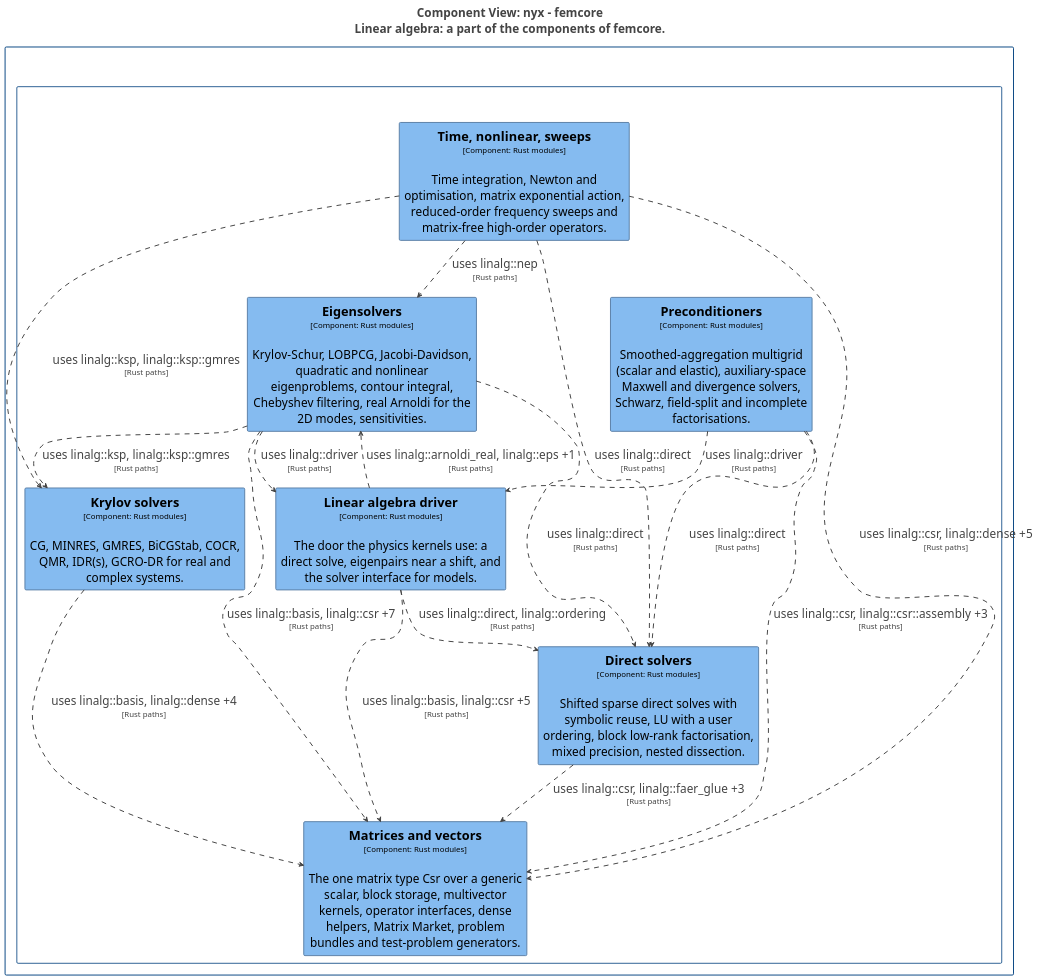
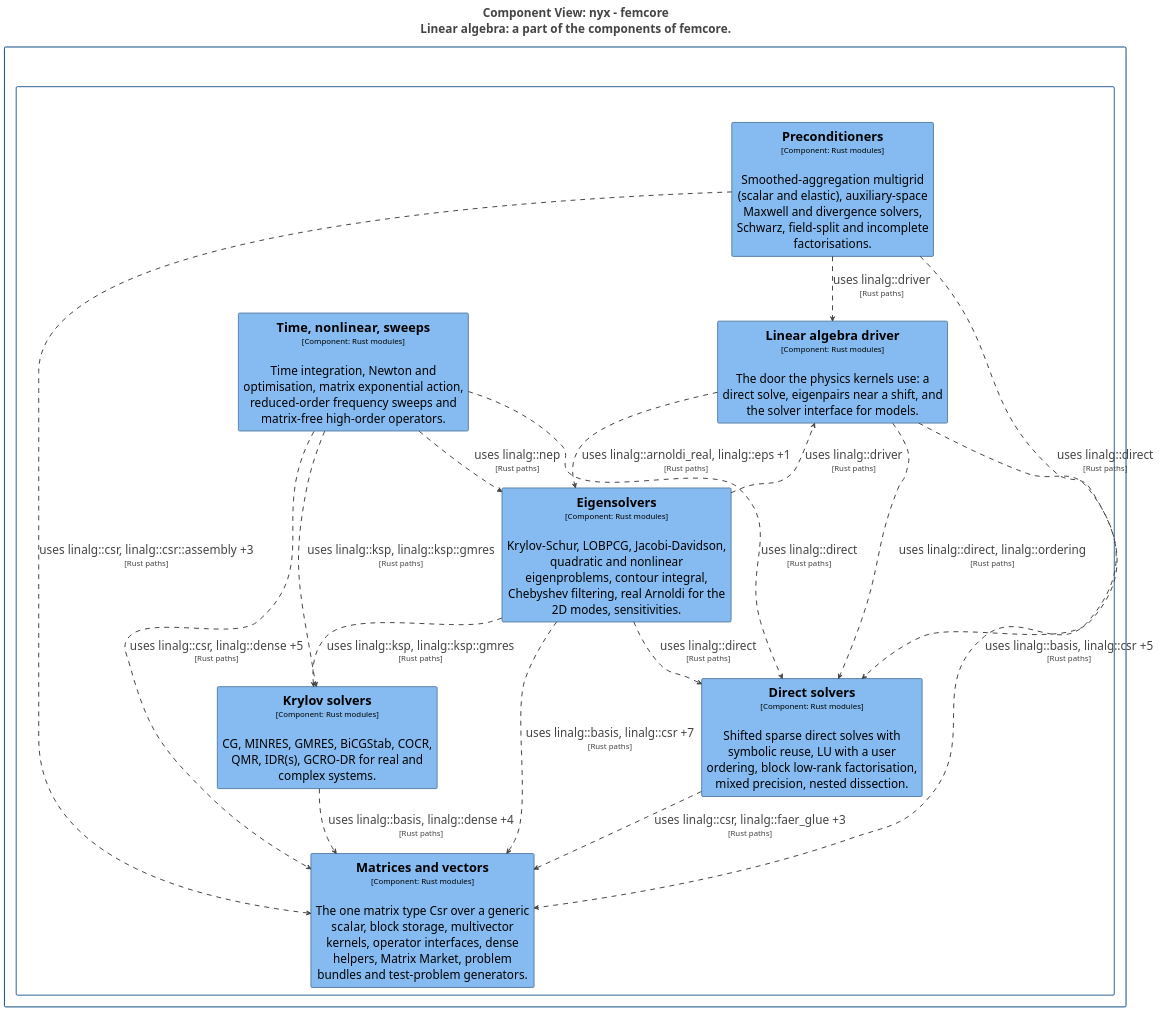
One commit to p-j-r/nyx changed the diagram in docs/architecture/c4/export/plantuml/structurizr-Components_femcore_linalg.puml. Above: the diagram before and after it, drawn with PlantUML. The commit also changed other lines of this file and 208 other files, not shown here.

```diff
--- a/docs/architecture/c4/export/plantuml/structurizr-Components_femcore_linalg.puml
+++ b/docs/architecture/c4/export/plantuml/structurizr-Components_femcore_linalg.puml
@@ -1,89 +1,89 @@
 @startuml
 title <size:24>Component View: nyx - femcore</size>\n<size:24>Linear algebra: a part of the components of femcore.</size>
 
 set separator none
 top to bottom direction
 skinparam ranksep 60
 skinparam nodesep 30
 hide stereotype
 
 <style>
   root {
     BackgroundColor: #ffffff;
     FontColor: #444444;
   }
   // Element,Component
   .Element-RWxlbWVudCxDb21wb25lbnQ= {
     BackgroundColor: #85bbf0;
     LineColor: #5d82a8;
     LineStyle: 0;
     LineThickness: 2;
     FontColor: #000000;
     FontSize: 24;
     HorizontalAlignment: center;
     Shadowing: 0;
     MaximumWidth: 450;
   }
   // Relationship
   .Relationship-UmVsYXRpb25zaGlw {
     LineThickness: 2;
     LineStyle: 10-10;
     LineColor: #444444;
     FontColor: #444444;
     FontSize: 24;
   }
   // femcore
   .Boundary-ZmVtY29yZQ== {
     BackgroundColor: #ffffff;
     LineColor: #2e6295;
     LineStyle: 0;
     LineThickness: 2;
     FontColor: #ffffff;
     FontSize: 24;
     HorizontalAlignment: center;
     Shadowing: 0;
   }
   // nyx
   .Boundary-bnl4 {
     BackgroundColor: #ffffff;
     LineColor: #0b4884;
     LineStyle: 0;
     LineThickness: 2;
     FontColor: #ffffff;
     FontSize: 24;
     HorizontalAlignment: center;
     Shadowing: 0;
   }
 </style>
 
 rectangle "nyx\n<size:16>[Software System]</size>" <<Boundary-bnl4>> {
   rectangle "femcore\n<size:16>[Container: Rust library]</size>" <<Boundary-ZmVtY29yZQ==>> {
+    rectangle "==Matrices and vectors\n<size:16>[Component: Rust modules]</size>\n\nThe one matrix type Csr over a generic scalar, block storage, multivector kernels, operator interfaces, dense helpers, Matrix Market, problem bundles and test-problem generators." <<Element-RWxlbWVudCxDb21wb25lbnQ=>> as nyx.femcore.Matricesandvectors
+    rectangle "==Linear algebra driver\n<size:16>[Component: Rust modules]</size>\n\nThe door the physics kernels use: a direct solve, eigenpairs near a shift, and the solver interface for models." <<Element-RWxlbWVudCxDb21wb25lbnQ=>> as nyx.femcore.Linearalgebradriver
     rectangle "==Direct solvers\n<size:16>[Component: Rust modules]</size>\n\nShifted sparse direct solves with symbolic reuse, LU with a user ordering, block low-rank factorisation, mixed precision, nested dissection." <<Element-RWxlbWVudCxDb21wb25lbnQ=>> as nyx.femcore.Directsolvers
     rectangle "==Krylov solvers\n<size:16>[Component: Rust modules]</size>\n\nCG, MINRES, GMRES, BiCGStab, COCR, QMR, IDR(s), GCRO-DR for real and complex systems." <<Element-RWxlbWVudCxDb21wb25lbnQ=>> as nyx.femcore.Krylovsolvers
     rectangle "==Eigensolvers\n<size:16>[Component: Rust modules]</size>\n\nKrylov-Schur, LOBPCG, Jacobi-Davidson, quadratic and nonlinear eigenproblems, contour integral, Chebyshev filtering, real Arnoldi for the 2D modes, sensitivities." <<Element-RWxlbWVudCxDb21wb25lbnQ=>> as nyx.femcore.Eigensolvers
     rectangle "==Preconditioners\n<size:16>[Component: Rust modules]</size>\n\nSmoothed-aggregation multigrid (scalar and elastic), auxiliary-space Maxwell and divergence solvers, Schwarz, field-split and incomplete factorisations." <<Element-RWxlbWVudCxDb21wb25lbnQ=>> as nyx.femcore.Preconditioners
     rectangle "==Time, nonlinear, sweeps\n<size:16>[Component: Rust modules]</size>\n\nTime integration, Newton and optimisation, matrix exponential action, reduced-order frequency sweeps and matrix-free high-order operators." <<Element-RWxlbWVudCxDb21wb25lbnQ=>> as nyx.femcore.Timenonlinearsweeps
-    rectangle "==Matrices and vectors\n<size:16>[Component: Rust modules]</size>\n\nThe one matrix type Csr over a generic scalar, block storage, multivector kernels, operator interfaces, dense helpers, Matrix Market, problem bundles and test-problem generators." <<Element-RWxlbWVudCxDb21wb25lbnQ=>> as nyx.femcore.Matricesandvectors
-    rectangle "==Linear algebra driver\n<size:16>[Component: Rust modules]</size>\n\nThe door the physics kernels use: a direct solve, eigenpairs near a shift, and the solver interface for models." <<Element-RWxlbWVudCxDb21wb25lbnQ=>> as nyx.femcore.Linearalgebradriver
   }
 
 }
 
 nyx.femcore.Directsolvers --> nyx.femcore.Matricesandvectors <<Relationship-UmVsYXRpb25zaGlw>> : "uses linalg::csr, linalg::faer_glue +3\n<size:16>[Rust paths]</size>"
 nyx.femcore.Linearalgebradriver --> nyx.femcore.Matricesandvectors <<Relationship-UmVsYXRpb25zaGlw>> : "uses linalg::basis, linalg::csr +5\n<size:16>[Rust paths]</size>"
 nyx.femcore.Linearalgebradriver --> nyx.femcore.Directsolvers <<Relationship-UmVsYXRpb25zaGlw>> : "uses linalg::direct, linalg::ordering\n<size:16>[Rust paths]</size>"
 nyx.femcore.Linearalgebradriver --> nyx.femcore.Eigensolvers <<Relationship-UmVsYXRpb25zaGlw>> : "uses linalg::arnoldi_real, linalg::eps +1\n<size:16>[Rust paths]</size>"
 nyx.femcore.Eigensolvers --> nyx.femcore.Matricesandvectors <<Relationship-UmVsYXRpb25zaGlw>> : "uses linalg::basis, linalg::csr +7\n<size:16>[Rust paths]</size>"
 nyx.femcore.Eigensolvers --> nyx.femcore.Directsolvers <<Relationship-UmVsYXRpb25zaGlw>> : "uses linalg::direct\n<size:16>[Rust paths]</size>"
 nyx.femcore.Eigensolvers --> nyx.femcore.Linearalgebradriver <<Relationship-UmVsYXRpb25zaGlw>> : "uses linalg::driver\n<size:16>[Rust paths]</size>"
 nyx.femcore.Eigensolvers --> nyx.femcore.Krylovsolvers <<Relationship-UmVsYXRpb25zaGlw>> : "uses linalg::ksp, linalg::ksp::gmres\n<size:16>[Rust paths]</size>"
 nyx.femcore.Krylovsolvers --> nyx.femcore.Matricesandvectors <<Relationship-UmVsYXRpb25zaGlw>> : "uses linalg::basis, linalg::dense +4\n<size:16>[Rust paths]</size>"
 nyx.femcore.Timenonlinearsweeps --> nyx.femcore.Matricesandvectors <<Relationship-UmVsYXRpb25zaGlw>> : "uses linalg::csr, linalg::dense +5\n<size:16>[Rust paths]</size>"
 nyx.femcore.Timenonlinearsweeps --> nyx.femcore.Directsolvers <<Relationship-UmVsYXRpb25zaGlw>> : "uses linalg::direct\n<size:16>[Rust paths]</size>"
 nyx.femcore.Timenonlinearsweeps --> nyx.femcore.Eigensolvers <<Relationship-UmVsYXRpb25zaGlw>> : "uses linalg::nep\n<size:16>[Rust paths]</size>"
 nyx.femcore.Timenonlinearsweeps --> nyx.femcore.Krylovsolvers <<Relationship-UmVsYXRpb25zaGlw>> : "uses linalg::ksp, linalg::ksp::gmres\n<size:16>[Rust paths]</size>"
 nyx.femcore.Preconditioners --> nyx.femcore.Matricesandvectors <<Relationship-UmVsYXRpb25zaGlw>> : "uses linalg::csr, linalg::csr::assembly +3\n<size:16>[Rust paths]</size>"
 nyx.femcore.Preconditioners --> nyx.femcore.Directsolvers <<Relationship-UmVsYXRpb25zaGlw>> : "uses linalg::direct\n<size:16>[Rust paths]</size>"
 nyx.femcore.Preconditioners --> nyx.femcore.Linearalgebradriver <<Relationship-UmVsYXRpb25zaGlw>> : "uses linalg::driver\n<size:16>[Rust paths]</size>"
 
 @enduml
```
